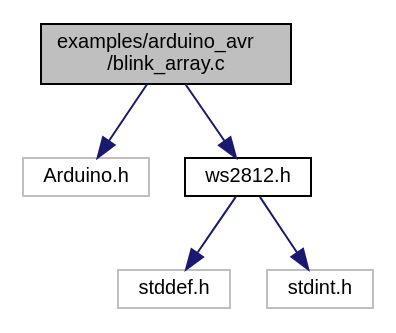
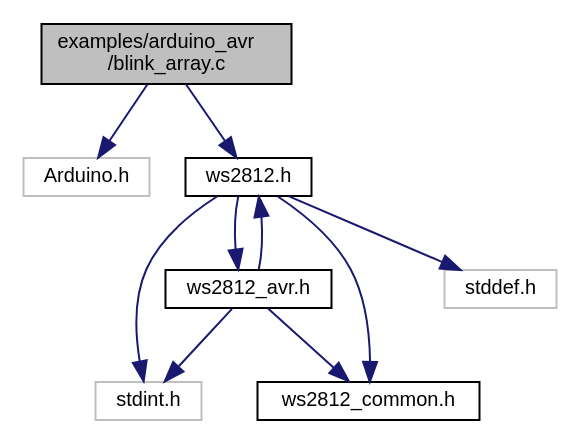
The diagram in docs/arduino__avr_2blink__array_8c__incl.dot (CTXz/TinyWS2812), drawn with Graphviz before and after one commit. The commit also changed 97 other files, not shown here.

```diff
--- a/docs/arduino__avr_2blink__array_8c__incl.dot
+++ b/docs/arduino__avr_2blink__array_8c__incl.dot
@@ -1,15 +1,22 @@
 digraph "examples/arduino_avr/blink_array.c"
 {
  // LATEX_PDF_SIZE
   edge [fontname="Helvetica",fontsize="10",labelfontname="Helvetica",labelfontsize="10"];
   node [fontname="Helvetica",fontsize="10",shape=record];
-  Node1 [label="examples/arduino_avr\l/blink_array.c",height=0.2,width=0.4,color="black", fillcolor="grey75", style="filled", fontcolor="black",tooltip="Blinks one or more WS2812 strips using a RGB array."];
+  Node1 [label="examples/arduino_avr\l/blink_array.c",height=0.2,width=0.4,color="black", fillcolor="grey75", style="filled", fontcolor="black",tooltip="Blinks one or more WS2812 devices using a RGB array."];
   Node1 -> Node2 [color="midnightblue",fontsize="10",style="solid",fontname="Helvetica"];
   Node2 [label="Arduino.h",height=0.2,width=0.4,color="grey75", fillcolor="white", style="filled",tooltip=" "];
   Node1 -> Node3 [color="midnightblue",fontsize="10",style="solid",fontname="Helvetica"];
   Node3 [label="ws2812.h",height=0.2,width=0.4,color="black", fillcolor="white", style="filled",URL="$ws2812_8h.html",tooltip="Exposes the Tiny-WS2812 driver interface."];
   Node3 -> Node4 [color="midnightblue",fontsize="10",style="solid",fontname="Helvetica"];
-  Node4 [label="stddef.h",height=0.2,width=0.4,color="grey75", fillcolor="white", style="filled",tooltip=" "];
+  Node4 [label="ws2812_avr.h",height=0.2,width=0.4,color="black", fillcolor="white", style="filled",URL="$ws2812__avr_8h.html",tooltip="Provides AVR platform specific definitions."];
+  Node4 -> Node5 [color="midnightblue",fontsize="10",style="solid",fontname="Helvetica"];
+  Node5 [label="stdint.h",height=0.2,width=0.4,color="grey75", fillcolor="white", style="filled",tooltip=" "];
+  Node4 -> Node6 [color="midnightblue",fontsize="10",style="solid",fontname="Helvetica"];
+  Node6 [label="ws2812_common.h",height=0.2,width=0.4,color="black", fillcolor="white", style="filled",URL="$ws2812__common_8h.html",tooltip="Definitions required by all platform specific headers."];
+  Node4 -> Node3 [color="midnightblue",fontsize="10",style="solid",fontname="Helvetica"];
+  Node3 -> Node7 [color="midnightblue",fontsize="10",style="solid",fontname="Helvetica"];
+  Node7 [label="stddef.h",height=0.2,width=0.4,color="grey75", fillcolor="white", style="filled",tooltip=" "];
   Node3 -> Node5 [color="midnightblue",fontsize="10",style="solid",fontname="Helvetica"];
-  Node5 [label="stdint.h",height=0.2,width=0.4,color="grey75", fillcolor="white", style="filled",tooltip=" "];
+  Node3 -> Node6 [color="midnightblue",fontsize="10",style="solid",fontname="Helvetica"];
 }
```
